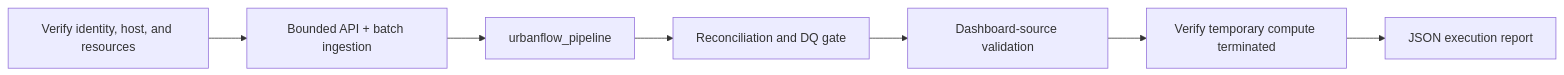
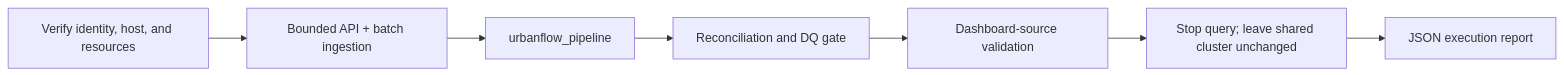
One commit to BadalovP/Databricks-Academy-Lakehouse changed the fifth of 5 diagrams in Demos/Demo3/README.md. Above: the diagram before and after it, drawn with Mermaid. The commit also changed other lines of this file and 17 other files, not shown here.

Commit message:
feat(demo3): reuse verified GP shared compute

````diff
--- a/Demos/Demo3/README.md
+++ b/Demos/Demo3/README.md
@@ -153,9 +179,9 @@
 ```mermaid
 flowchart LR
     PREFLIGHT["Verify identity, host, and resources"] --> INGEST["Bounded API + batch ingestion"]
     INGEST --> PIPE["urbanflow_pipeline"]
     PIPE --> RECON["Reconciliation and DQ gate"]
     RECON --> VALIDATE["Dashboard-source validation"]
-    VALIDATE --> CLEANUP["Verify temporary compute terminated"]
+    VALIDATE --> CLEANUP["Stop query; leave shared cluster unchanged"]
     CLEANUP --> REPORT["JSON execution report"]
 ```
````
